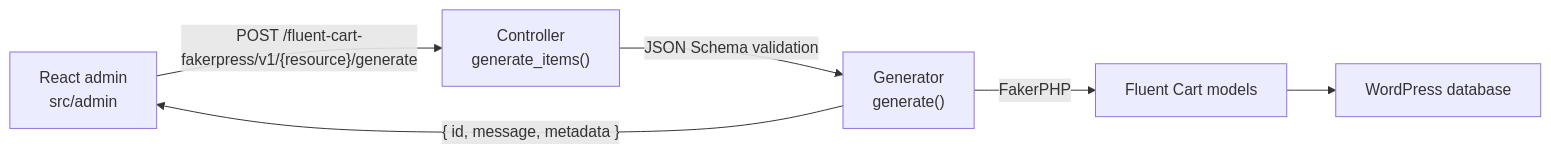
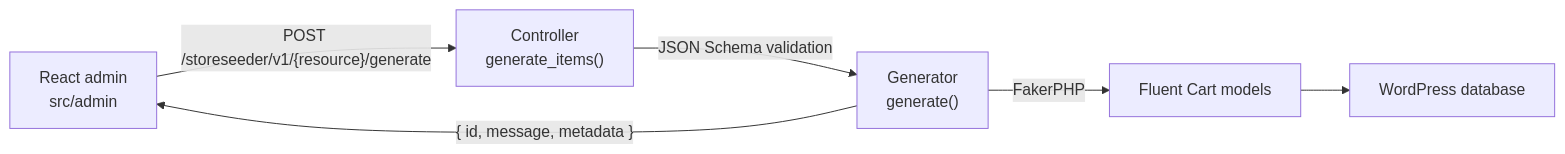
The diagram in README.md (mralaminahamed/storeseeder), drawn with Mermaid before and after one commit. The commit also changed other lines of this file and 144 other files, not shown here.

````diff
--- a/README.md
+++ b/README.md
@@ -103,8 +103,8 @@
 ```mermaid
 flowchart LR
-    A["React admin<br/>src/admin"] -->|"POST /fluent-cart-fakerpress/v1/{resource}/generate"| B["Controller<br/>generate_items()"]
+    A["React admin<br/>src/admin"] -->|"POST /storeseeder/v1/{resource}/generate"| B["Controller<br/>generate_items()"]
     B -->|"JSON Schema validation"| C["Generator<br/>generate()"]
     C -->|FakerPHP| D["Fluent Cart models"]
     D --> E["WordPress database"]
     C -->|"{ id, message, metadata }"| A
 ```
````
